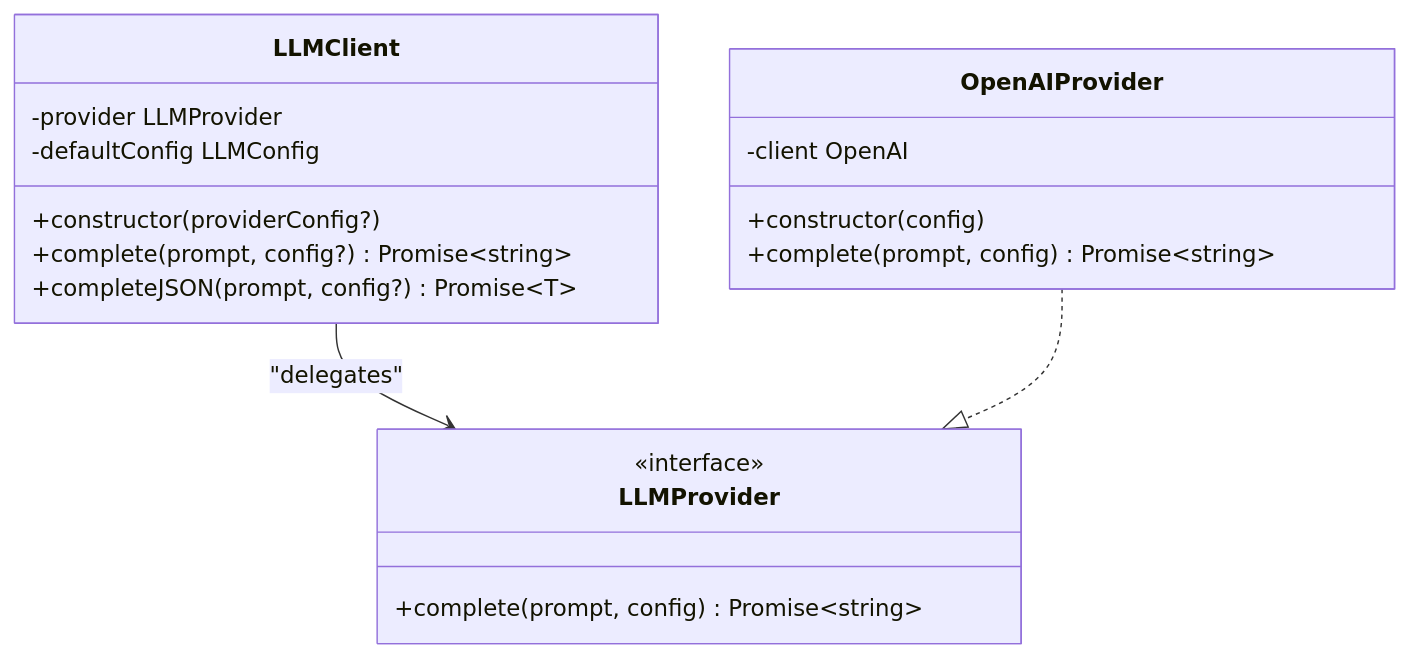
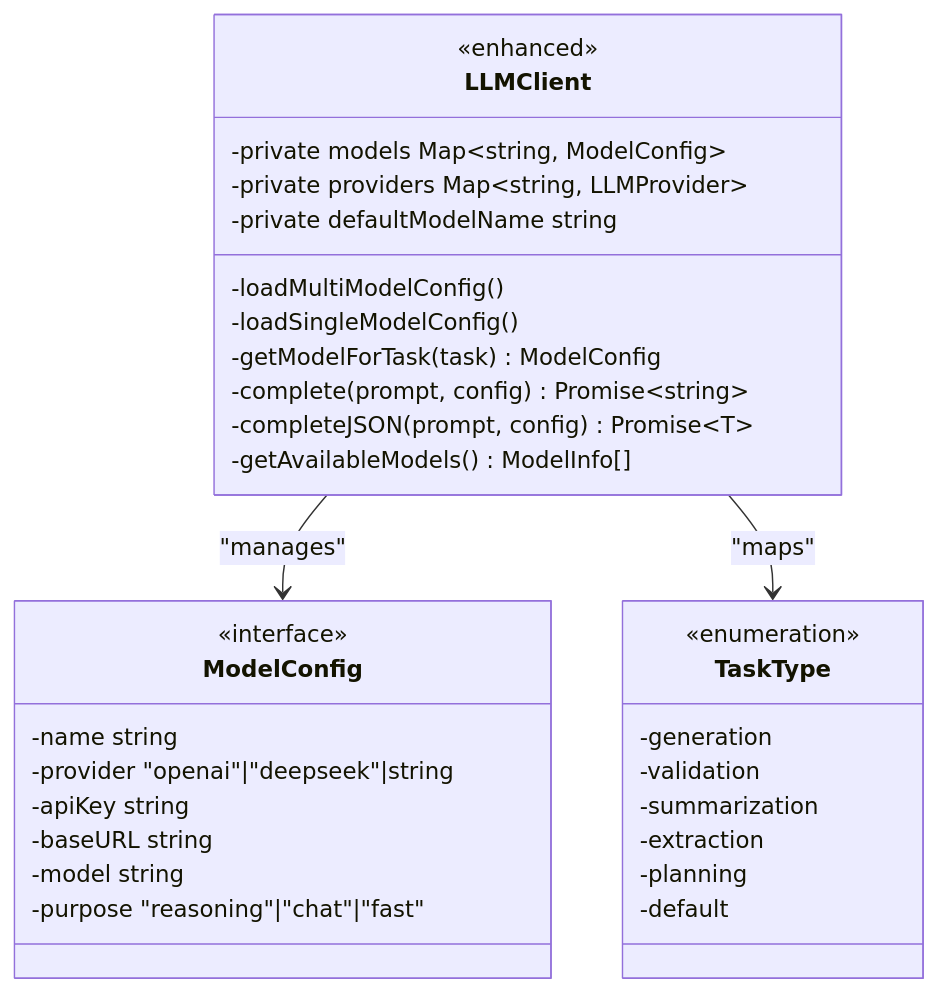
Before and after one commit to liwonder/NARRITIVE_OS: the third of 7 diagrams in .qoder/repowiki/en/content/LLM Integration and Configuration.md, drawn with Mermaid. The commit also changed other lines of this file and 12 other files, not shown here.

````diff
--- a/.qoder/repowiki/en/content/LLM Integration and Configuration.md
+++ b/.qoder/repowiki/en/content/LLM Integration and Configuration.md
@@ -208,21 +190,35 @@
 ```mermaid
 classDiagram
-class LLMProvider {
+class LLMClient {
+<<enhanced>>
+-private models Map~string, ModelConfig~
+-private providers Map~string, LLMProvider~
+-private defaultModelName string
+-loadMultiModelConfig()
+-loadSingleModelConfig()
+-getModelForTask(task) ModelConfig
+-complete(prompt, config) Promise~string~
+-completeJSON(prompt, config) Promise~T~
+-getAvailableModels() ModelInfo[]
+}
+class ModelConfig {
 <<interface>>
-+complete(prompt, config) Promise~string~
+-name string
+-provider "openai"|"deepseek"|string
+-apiKey string
+-baseURL string
+-model string
+-purpose "reasoning"|"chat"|"fast"
 }
-class OpenAIProvider {
--client OpenAI
-+constructor(config)
-+complete(prompt, config) Promise~string~
+class TaskType {
+<<enumeration>>
+-generation
+-validation
+-summarization
+-extraction
+-planning
+-default
 }
-class LLMClient {
--provider LLMProvider
--defaultConfig LLMConfig
-+constructor(providerConfig?)
-+complete(prompt, config?) Promise~string~
-+completeJSON(prompt, config?) Promise~T~
-}
-LLMClient --> LLMProvider : "delegates"
-OpenAIProvider ..|> LLMProvider
+LLMClient --> ModelConfig : "manages"
+LLMClient --> TaskType : "maps"
 ```
````
